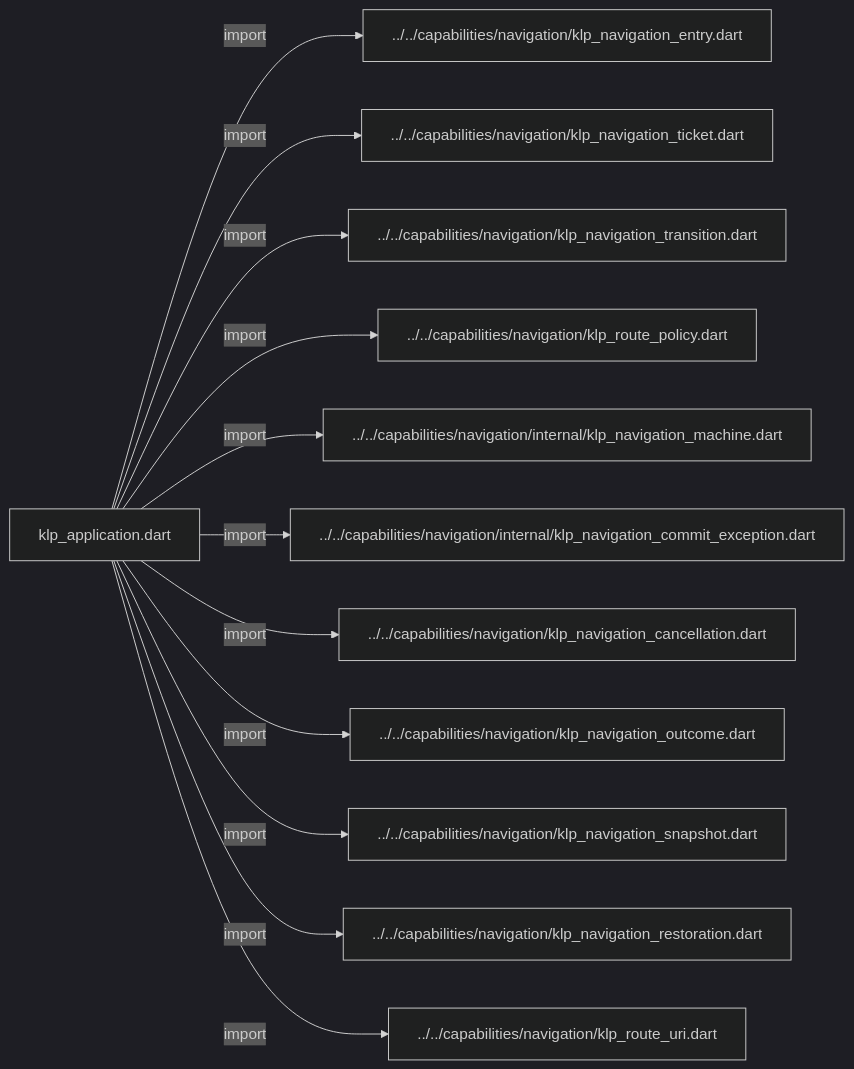
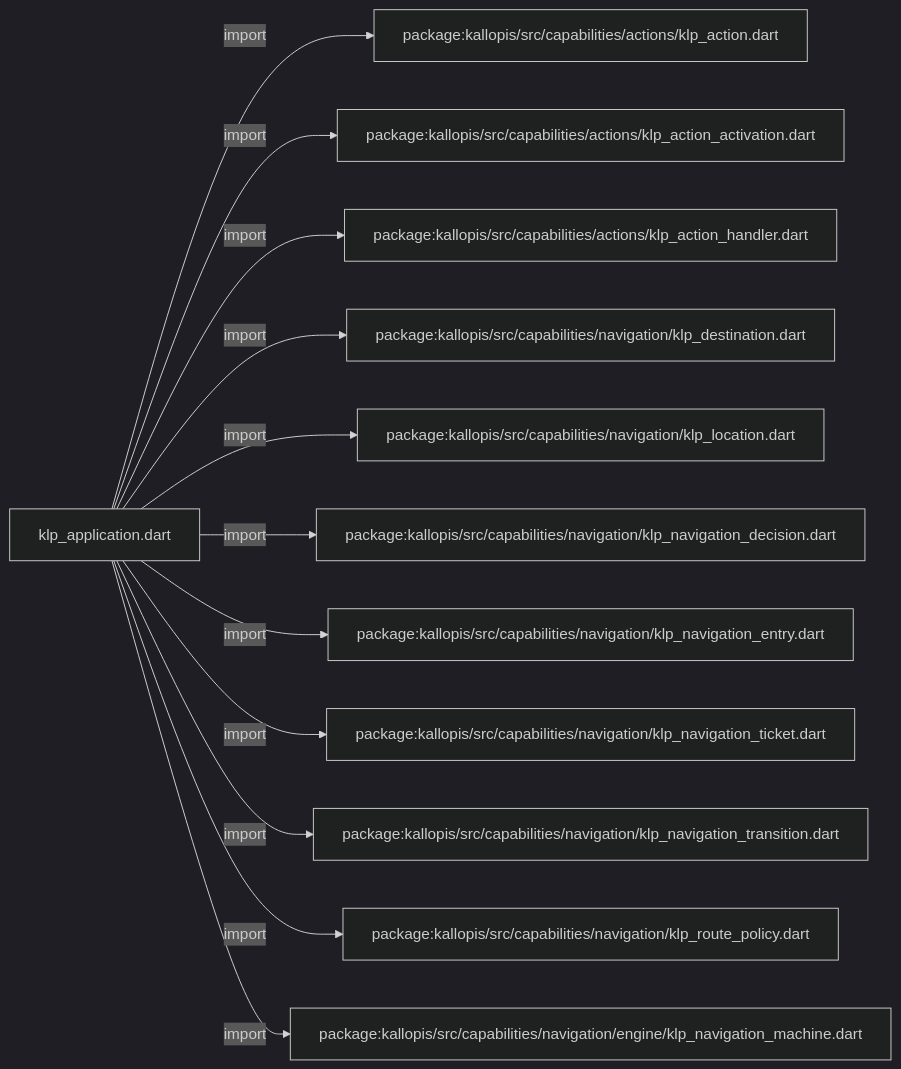
The second of 7 diagrams in docs/architecture/src/application/structure/klp_application.md (MiuDog/Kallopis), drawn with Mermaid (dark theme) before and after one commit. The commit also changed other lines of this file and 9688 other files, not shown here.

Commit message:
Prepare isolated Flow F2 peer baseline

````diff
--- a/docs/architecture/src/application/structure/klp_application.md
+++ b/docs/architecture/src/application/structure/klp_application.md
@@ -38,26 +38,26 @@
 ```mermaid
 flowchart LR
 	n0["klp_application.dart"]
-	n1["../../capabilities/navigation/klp_navigation_entry.dart"]
-	n2["../../capabilities/navigation/klp_navigation_ticket.dart"]
-	n3["../../capabilities/navigation/klp_navigation_transition.dart"]
-	n4["../../capabilities/navigation/klp_route_policy.dart"]
-	n5["../../capabilities/navigation/internal/klp_navigation_machine.dart"]
-	n6["../../capabilities/navigation/internal/klp_navigation_commit_exception.dart"]
-	n7["../../capabilities/navigation/klp_navigation_cancellation.dart"]
-	n8["../../capabilities/navigation/klp_navigation_outcome.dart"]
-	n9["../../capabilities/navigation/klp_navigation_snapshot.dart"]
-	n10["../../capabilities/navigation/klp_navigation_restoration.dart"]
-	n11["../../capabilities/navigation/klp_route_uri.dart"]
+	n1["package:kallopis/src/capabilities/actions/klp_action.dart"]
+	n2["package:kallopis/src/capabilities/actions/klp_action_activation.dart"]
+	n3["package:kallopis/src/capabilities/actions/klp_action_handler.dart"]
+	n4["package:kallopis/src/capabilities/navigation/klp_destination.dart"]
+	n5["package:kallopis/src/capabilities/navigation/klp_location.dart"]
+	n6["package:kallopis/src/capabilities/navigation/klp_navigation_decision.dart"]
+	n7["package:kallopis/src/capabilities/navigation/klp_navigation_entry.dart"]
+	n8["package:kallopis/src/capabilities/navigation/klp_navigation_ticket.dart"]
+	n9["package:kallopis/src/capabilities/navigation/klp_navigation_transition.dart"]
+	n10["package:kallopis/src/capabilities/navigation/klp_route_policy.dart"]
+	n11["package:kallopis/src/capabilities/navigation/engine/klp_navigation_machine.dart"]
 	n0 -->|"import"| n1
 	n0 -->|"import"| n2
 	n0 -->|"import"| n3
 	n0 -->|"import"| n4
 	n0 -->|"import"| n5
 	n0 -->|"import"| n6
 	n0 -->|"import"| n7
 	n0 -->|"import"| n8
 	n0 -->|"import"| n9
 	n0 -->|"import"| n10
 	n0 -->|"import"| n11
 ```
````
